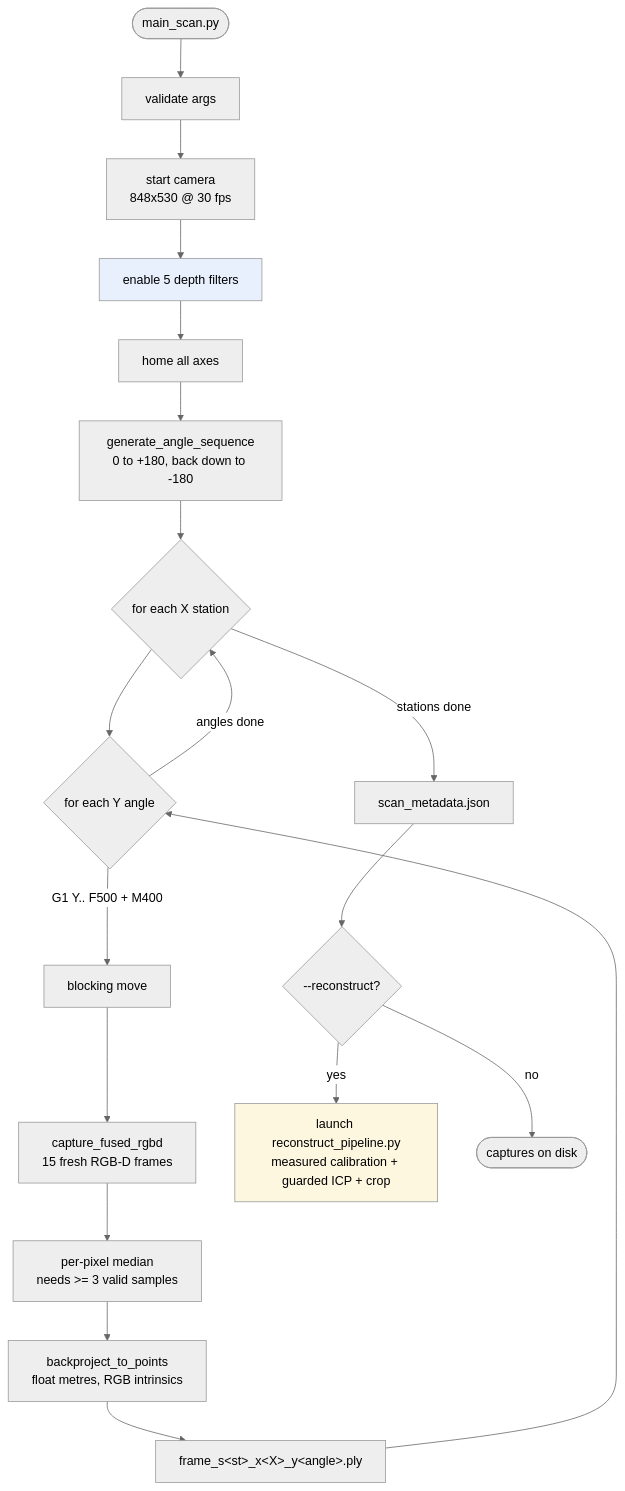
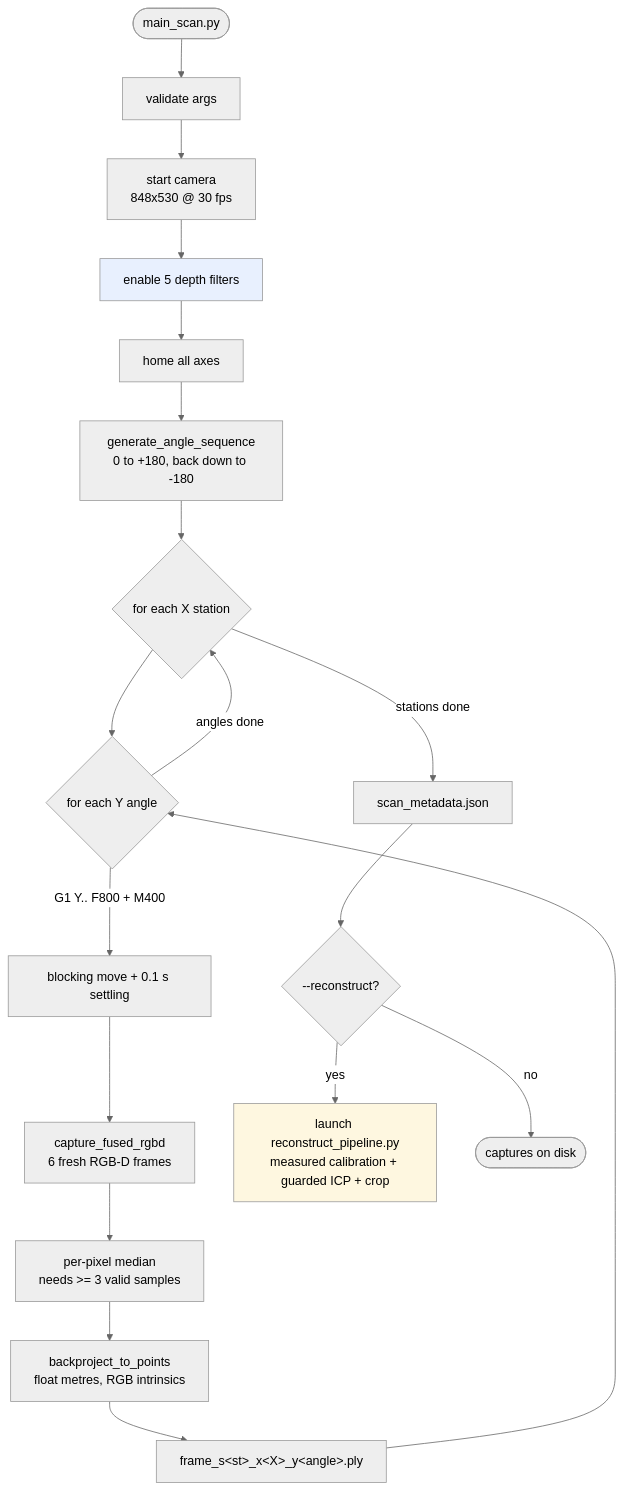
The third of 7 diagrams in scripts/sync_workflow/WORKFLOW.md (RishWijewardhena/Hena-Jet), drawn with Mermaid (neutral theme) before and after one commit. The commit also changed 2 other files, not shown here.

Commit message:
perf(sync-workflow): shorten the per-angle capture cycle
- Reduce the default fused burst from 15 to 6 fresh RGB-D frames while retaining the three-valid-sample requirement.
- Raise the scan Y feedrate from 500 to 800 and reduce the post-move settling delay from 0.5 to 0.1 seconds to shorten each capture cycle.
- Update the capture documentation and workflow chart to match the faster settings.
- Verify the workflow suite with these settings: 177 tests and 8 subtests pass. This checks software behavior; scan accuracy at the faster settings remains a hardware measurement.

````diff
--- a/scripts/sync_workflow/WORKFLOW.md
+++ b/scripts/sync_workflow/WORKFLOW.md
@@ -102,25 +102,25 @@
 ```mermaid
 flowchart TD
     START([main_scan.py]) --> VAL[validate args]
     VAL --> CAM[start camera<br/>848x530 @ 30 fps]
     CAM --> FILT["enable 5 depth filters"]
     FILT --> HOME[home all axes]
     HOME --> PLAN["generate_angle_sequence<br/>0 to +180, back down to -180"]
 
     PLAN --> XLOOP{for each X station}
     XLOOP --> YLOOP{for each Y angle}
-    YLOOP -->|"G1 Y.. F500 + M400"| SETTLE[blocking move]
-    SETTLE --> BURST["capture_fused_rgbd<br/>15 fresh RGB-D frames"]
+    YLOOP -->|"G1 Y.. F800 + M400"| SETTLE[blocking move + 0.1 s settling]
+    SETTLE --> BURST["capture_fused_rgbd<br/>6 fresh RGB-D frames"]
     BURST --> FUSE["per-pixel median<br/>needs &gt;= 3 valid samples"]
     FUSE --> PROJ["backproject_to_points<br/>float metres, RGB intrinsics"]
     PROJ --> SAVE["frame_s&lt;st&gt;_x&lt;X&gt;_y&lt;angle&gt;.ply"]
     SAVE --> YLOOP
     YLOOP -->|angles done| XLOOP
     XLOOP -->|stations done| META[scan_metadata.json]
     META --> RECON{"--reconstruct?"}
     RECON -->|yes| SUB["launch reconstruct_pipeline.py<br/>measured calibration + guarded ICP + crop"]
     RECON -->|no| DONE([captures on disk])
 
     style FILT fill:#e8f0fe
     style SUB fill:#fef7e0
 ```
````
